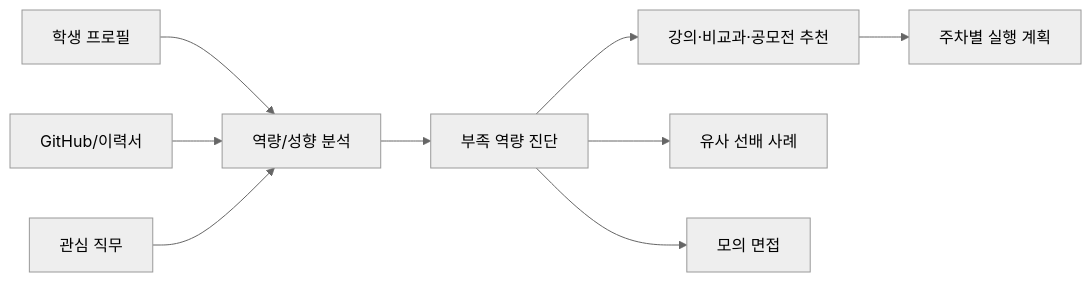
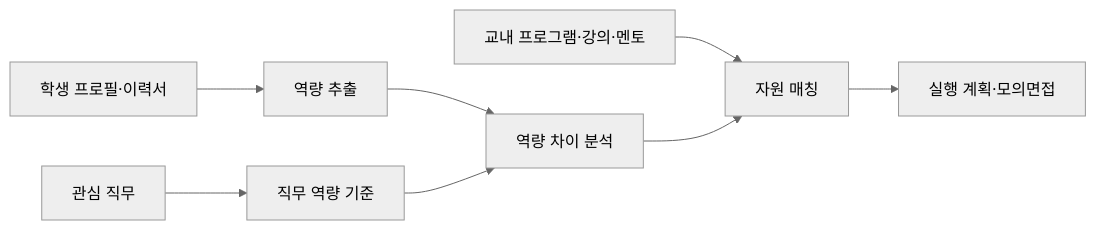
The seventh of 9 diagrams in sg_ai_contest_ideas.md (leeseungmin1013/sg-ai-contest-ideas), drawn with Mermaid (neutral theme) before and after one commit. The commit also changed other lines of this file and 2 other files, not shown here.

````diff
--- a/sg_ai_contest_ideas.md
+++ b/sg_ai_contest_ideas.md
@@ -387,11 +729,10 @@
 ```mermaid
 flowchart LR
-    A["학생 프로필"] --> B["역량/성향 분석"]
-    C["GitHub/이력서"] --> B
-    D["관심 직무"] --> B
-    B --> E["부족 역량 진단"]
-    E --> F["강의·비교과·공모전 추천"]
-    E --> G["유사 선배 사례"]
-    E --> H["모의 면접"]
-    F --> I["주차별 실행 계획"]
+    A["학생 프로필·이력서"] --> B["역량 추출"]
+    C["관심 직무"] --> D["직무 역량 기준"]
+    B --> E["역량 차이 분석"]
+    D --> E
+    F["교내 프로그램·강의·멘토"] --> G["자원 매칭"]
+    E --> G
+    G --> H["실행 계획·모의면접"]
 ```
````
